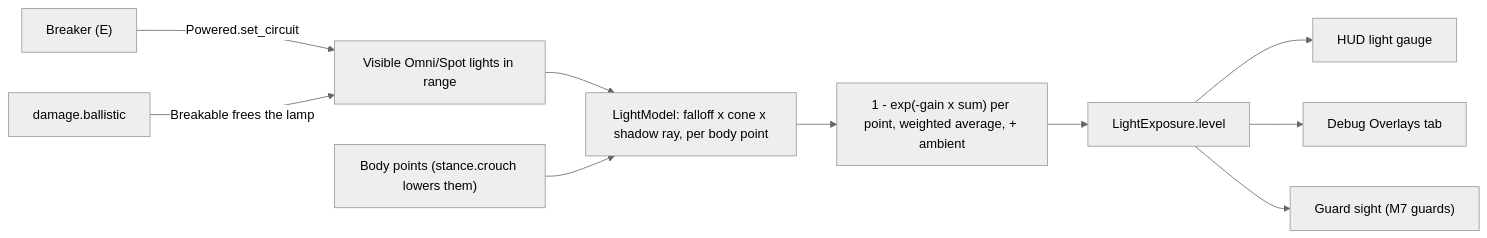
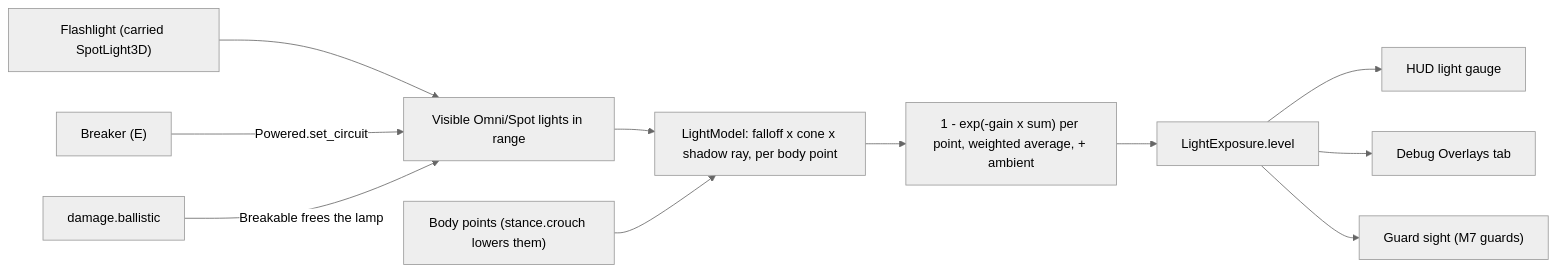
Before and after one commit to matts2cant/im-sim-proto: the diagram in design/game/light-and-visibility.md, drawn with Mermaid (neutral theme). The commit also changed other lines of this file and 5 other files, not shown here.

````diff
--- a/design/game/light-and-visibility.md
+++ b/design/game/light-and-visibility.md
@@ -26,12 +27,13 @@
 ```mermaid
 flowchart LR
+    F["Flashlight (carried SpotLight3D)"] --> L
     L["Visible Omni/Spot lights in range"] --> M["LightModel: falloff x cone x shadow ray, per body point"]
     P["Body points (stance.crouch lowers them)"] --> M
     M --> C["1 - exp(-gain x sum) per point, weighted average, + ambient"]
     C --> E["LightExposure.level"]
     E --> H["HUD light gauge"]
     E --> D["Debug Overlays tab"]
     E --> G["Guard sight (M7 guards)"]
     B["Breaker (E)"] -->|"Powered.set_circuit"| L
     S["damage.ballistic"] -->|"Breakable frees the lamp"| L
 ```
````
